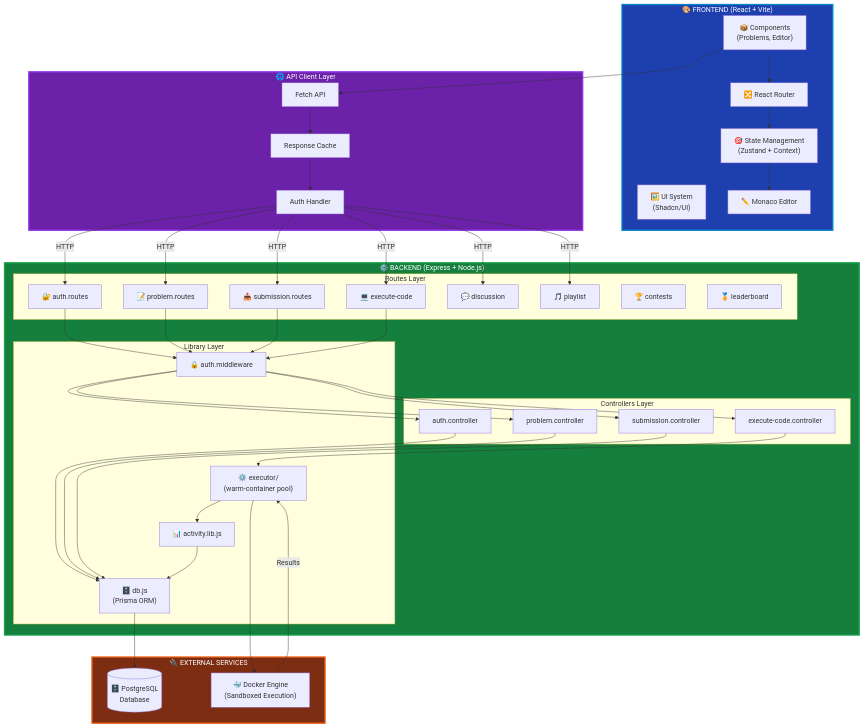
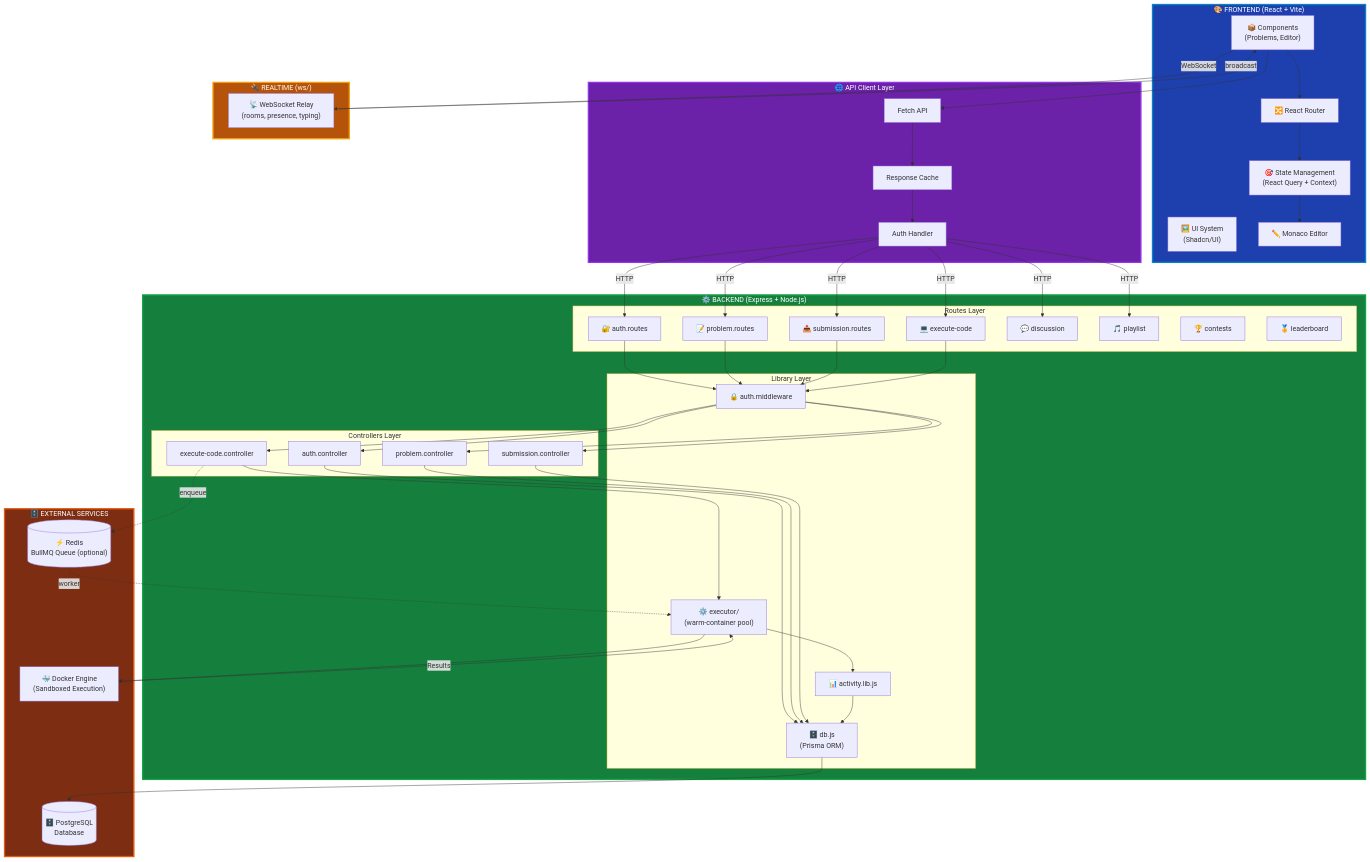
One commit to Abhinandankaushik/LeetLab changed the first of 6 diagrams in README.md. Above: the diagram before and after it, drawn with Mermaid. The commit also changed other lines of this file, not shown here.

````diff
--- a/README.md
+++ b/README.md
@@ -127,7 +160,7 @@
     subgraph Frontend ["🎨 FRONTEND (React + Vite)"]
         Components["📦 Components<br/>(Problems, Editor)"]
         Routing["🔀 React Router"]
-        State["🎯 State Management<br/>(Zustand + Context)"]
+        State["🎯 State Management<br/>(React Query + Context)"]
         UI["🖼️ UI System<br/>(Shadcn/UI)"]
         Editor["✏️ Monaco Editor"]
     end
@@ -165,8 +198,13 @@
         end
     end
 
-    subgraph External ["🔌 EXTERNAL SERVICES"]
+    subgraph Realtime ["🔌 REALTIME (ws/)"]
+        WSServer["📡 WebSocket Relay<br/>(rooms, presence, typing)"]
+    end
+
+    subgraph External ["🗄️ EXTERNAL SERVICES"]
         Postgres[("🗄️ PostgreSQL<br/>Database")]
+        Redis[("⚡ Redis<br/>BullMQ Queue (optional)")]
         Docker["🐳 Docker Engine<br/>(Sandboxed Execution)"]
     end
 
@@ -184,6 +222,9 @@
     Auth -->|HTTP| CodeR
     Auth -->|HTTP| DiscR
     Auth -->|HTTP| PlaylistR
+
+    Components -->|WebSocket| WSServer
+    WSServer -->|broadcast| Components
     
     AuthR --> AuthMW
     AuthMW --> AuthC
@@ -198,6 +239,8 @@
     ProblemC --> DB
     SubC --> DB
     CodeC --> Executor
+    CodeC -.->|enqueue| Redis
+    Redis -.->|worker| Executor
     Executor --> Docker
     
     DB --> Postgres
@@ -207,6 +250,7 @@
 
     style Frontend fill:#1e40af,stroke:#0284c7,color:#fff,stroke-width:3px
     style Backend fill:#15803d,stroke:#16a34a,color:#fff,stroke-width:3px
+    style Realtime fill:#b45309,stroke:#f59e0b,color:#fff,stroke-width:3px
     style External fill:#7c2d12,stroke:#ea580c,color:#fff,stroke-width:3px
     style APIClient fill:#6b21a8,stroke:#9333ea,color:#fff,stroke-width:3px
 ```
````
